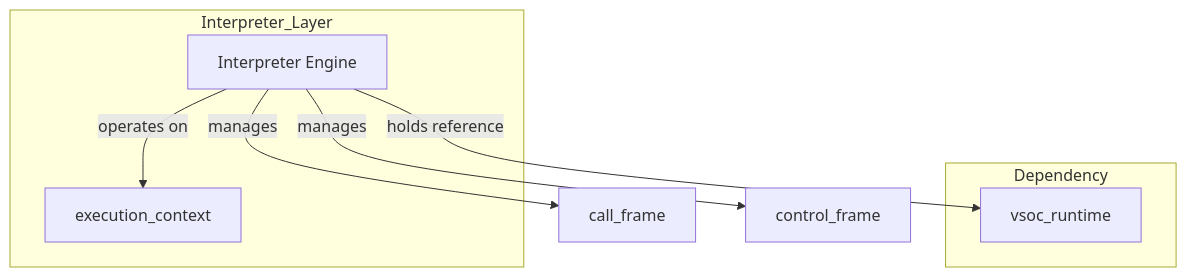
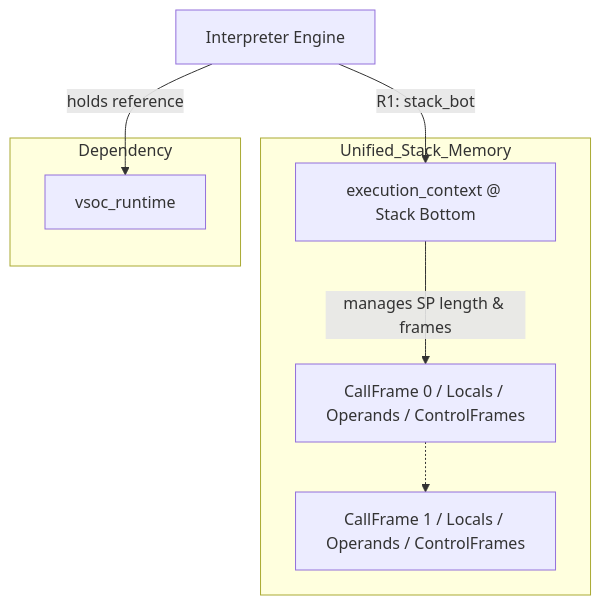
One commit to kmt-t/fireball changed the first of 3 diagrams in docs/components/tier2_runtime/runtime_interpreter.md. Above: the diagram before and after it, drawn with Mermaid. The commit also changed other lines of this file and 10 other files, not shown here.

Commit message:
docs: adopt Android ART style unified stack passing stack_bot with in-context stack depth

````diff
--- a/docs/components/tier2_runtime/runtime_interpreter.md
+++ b/docs/components/tier2_runtime/runtime_interpreter.md
@@ -19,16 +20,17 @@
 ```mermaid
 graph TD
-    subgraph Interpreter_Layer
-        Engine[Interpreter Engine]
-        Context[execution_context]
+    subgraph Unified_Stack_Memory
+        Bot[execution_context @ Stack Bottom]
+        Frame0[CallFrame 0 / Locals / Operands / ControlFrames]
+        Frame1[CallFrame 1 / Locals / Operands / ControlFrames]
     end
 
     subgraph Dependency
         Env[vsoc_runtime]
     end
 
+    Engine[Interpreter Engine] -- R1: stack_bot --> Bot
     Engine -- holds reference --> Env
-    Engine -- operates on --> Context
-    Engine -- manages --> Frame[call_frame]
-    Engine -- manages --> Control[control_frame]
+    Bot -- manages SP length & frames --> Frame0
+    Frame0 -.-> Frame1
 ```
````
